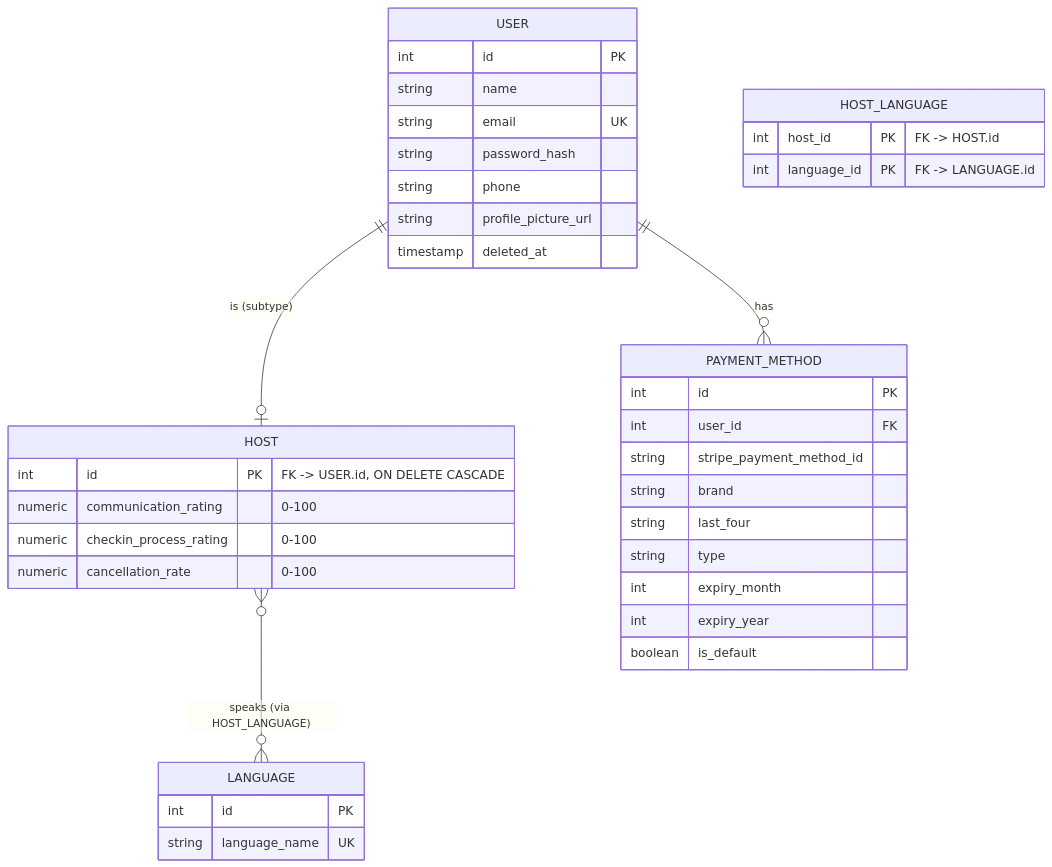
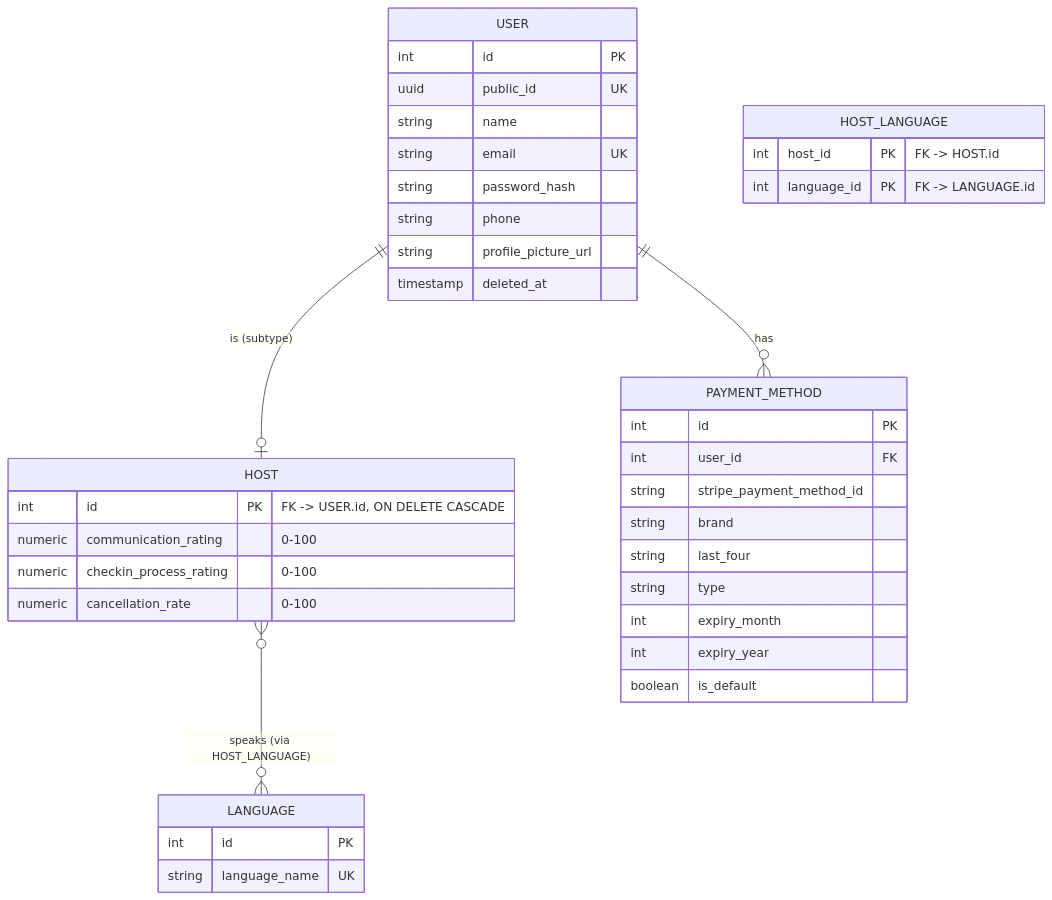
One commit to Russel-IV/project-lab-backend changed the first of 5 diagrams in docs/schema.md. Above: the diagram before and after it, drawn with Mermaid. The commit also changed other lines of this file and 2 other files, not shown here.

Commit message:
docs: updated docs following user and stay schema updates with new uuidv7 field

````diff
--- a/docs/schema.md
+++ b/docs/schema.md
@@ -11,41 +11,42 @@
 ```mermaid
 erDiagram
     USER {
         int id PK
+        uuid public_id UK
         string name
         string email UK
         string password_hash
         string phone
         string profile_picture_url
         timestamp deleted_at
     }
     HOST {
         int id PK "FK -> USER.id, ON DELETE CASCADE"
         numeric communication_rating "0-100"
         numeric checkin_process_rating "0-100"
         numeric cancellation_rate "0-100"
     }
     LANGUAGE {
         int id PK
         string language_name UK
     }
     HOST_LANGUAGE {
         int host_id PK "FK -> HOST.id"
         int language_id PK "FK -> LANGUAGE.id"
     }
     PAYMENT_METHOD {
         int id PK
         int user_id FK
         string stripe_payment_method_id
         string brand
         string last_four
         string type
         int expiry_month
         int expiry_year
         boolean is_default
     }
 
     USER ||--o| HOST : "is (subtype)"
     USER ||--o{ PAYMENT_METHOD : "has"
     HOST }o--o{ LANGUAGE : "speaks (via HOST_LANGUAGE)"
 ```
````
